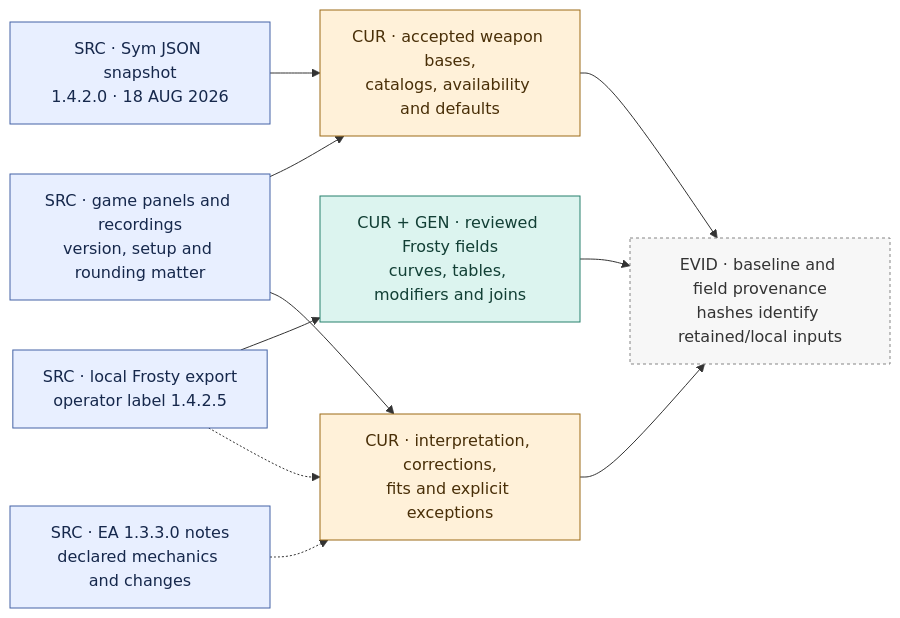
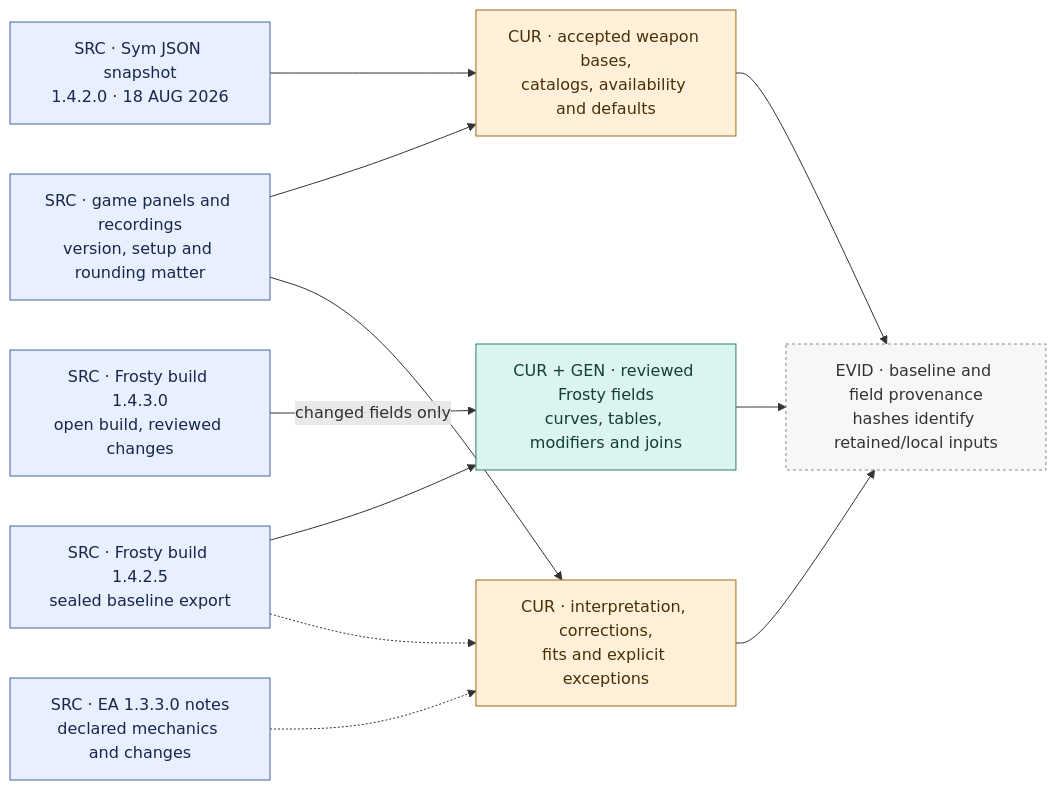
One commit to raymdl/BF6-Weapon-Analyzer changed the first of 6 diagrams in docs/data-flow/SOURCES.md. Above: the diagram before and after it, drawn with Mermaid. The commit also changed other lines of this file and 8 other files, not shown here.

First line of the commit message:
Refresh data-flow atlas for current state and render viewer live

````diff
--- a/docs/data-flow/SOURCES.md
+++ b/docs/data-flow/SOURCES.md
@@ -7,27 +9,26 @@
 ```mermaid
 flowchart LR
     SY["SRC · Sym JSON snapshot<br/>1.4.2.0 · 18 AUG 2026"]:::src
     EA["SRC · EA 1.3.3.0 notes<br/>declared mechanics and changes"]:::src
-    FX["SRC · local Frosty export<br/>operator label 1.4.2.5"]:::src
+    FX["SRC · Frosty build 1.4.2.5<br/>sealed baseline export"]:::src
+    F3["SRC · Frosty build 1.4.3.0<br/>open build, reviewed changes"]:::src
     GP["SRC · game panels and recordings<br/>version, setup and rounding matter"]:::src
     WB["CUR · accepted weapon bases,<br/>catalogs, availability and defaults"]:::cur
     FL["CUR + GEN · reviewed Frosty fields<br/>curves, tables, modifiers and joins"]:::gen
     MP["CUR · interpretation, corrections,<br/>fits and explicit exceptions"]:::cur
     EV["EVID · baseline and field provenance<br/>hashes identify retained/local inputs"]:::ev
     SY --> WB
     FX --> FL
+    F3 -->|changed fields only| FL
     GP --> WB
     GP --> MP
     EA -.-> MP
     FX -.-> MP
     WB --> EV
     FL --> EV
     MP --> EV
     classDef src fill:#e8efff,stroke:#4463a6,color:#16284c
     classDef cur fill:#fff1d9,stroke:#9c6b17,color:#492f08
     classDef gen fill:#dcf4ef,stroke:#27806c,color:#123f35
-    classDef run fill:#eef0f5,stroke:#616a80,color:#242938
-    classDef asm fill:#fff0ef,stroke:#b34c46,color:#621f1b,stroke-dasharray:5 3
-    classDef out fill:#eee8ff,stroke:#7958aa,color:#36244f
     classDef ev fill:#f7f7f7,stroke:#858585,color:#333333,stroke-dasharray:3 3
 ```
````
